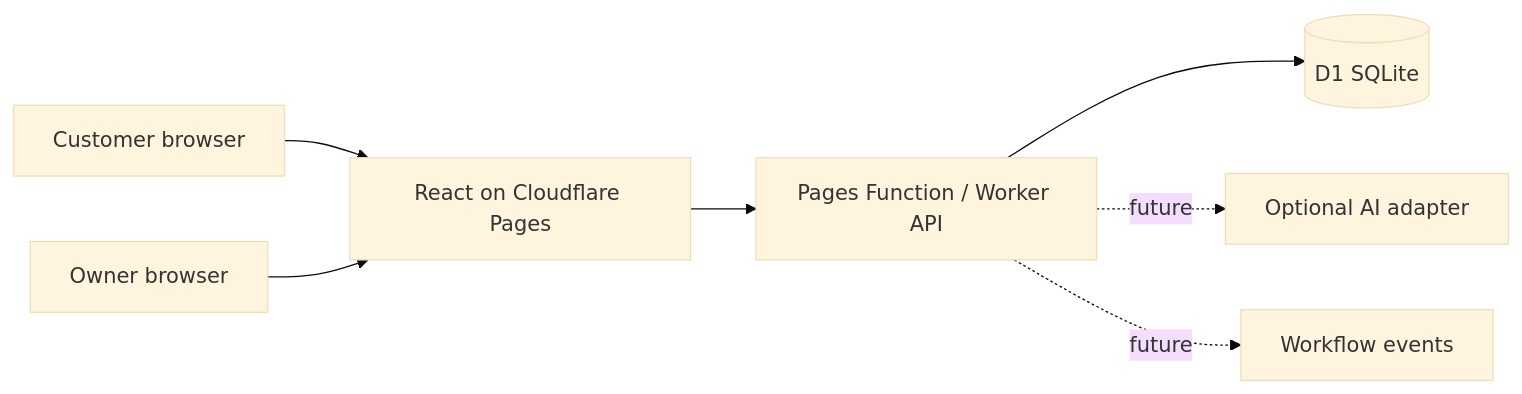
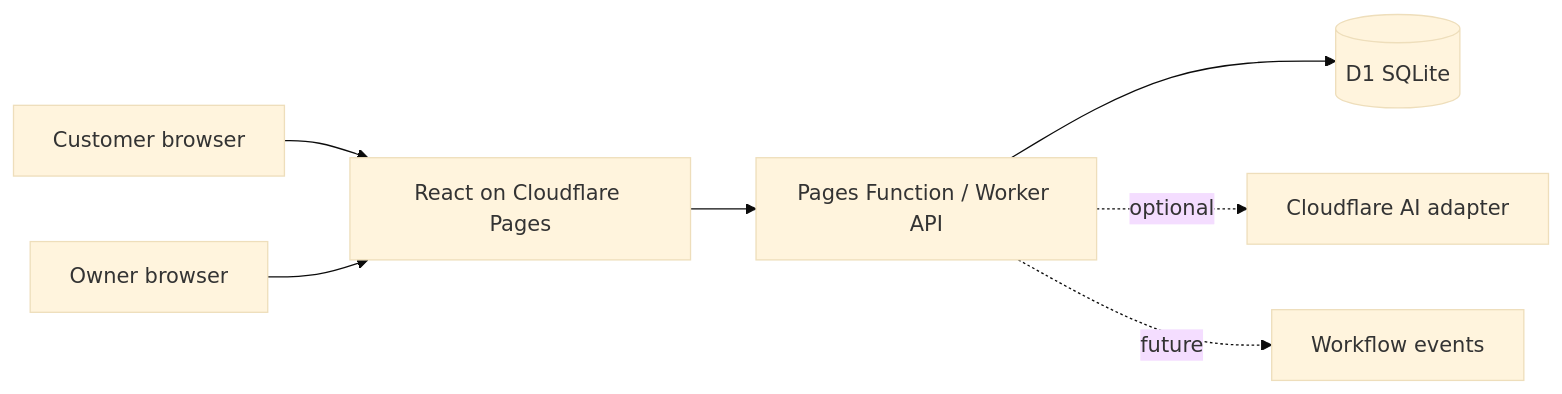
Before and after one commit to pasindu-jayasena/microbizflow-ai: the diagram in README.md, drawn with Mermaid (base theme). The commit also changed other lines of this file and 17 other files, not shown here.

````diff
--- a/README.md
+++ b/README.md
@@ -50,9 +55,9 @@
 ```mermaid
 flowchart LR
   Customer[Customer browser] --> Pages[React on Cloudflare Pages]
   Owner[Owner browser] --> Pages
   Pages --> API[Pages Function / Worker API]
   API --> D1[(D1 SQLite)]
-  API -. future .-> AI[Optional AI adapter]
+  API -. optional .-> AI[Cloudflare AI adapter]
   API -. future .-> Events[Workflow events]
 ```
````
